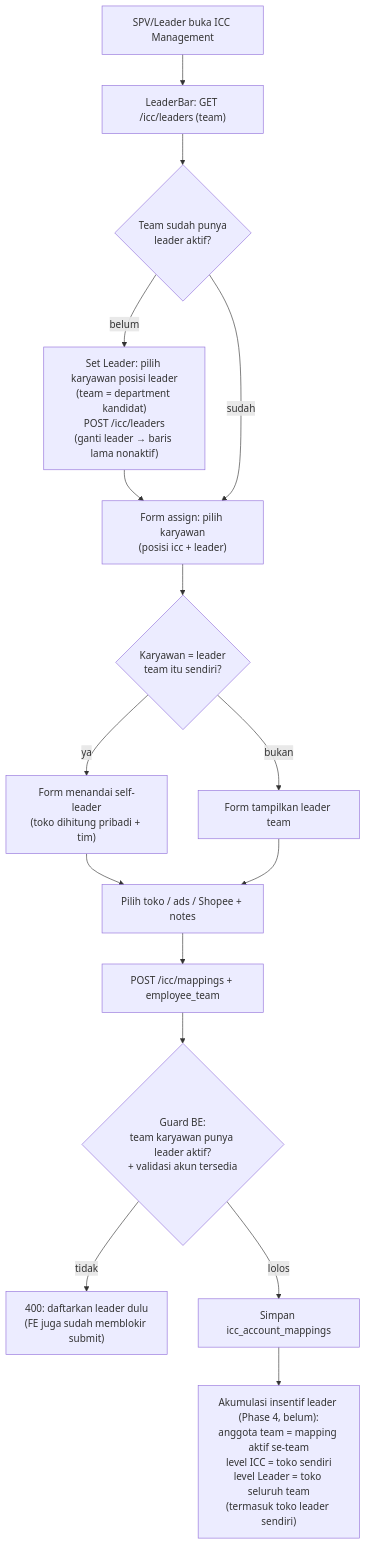
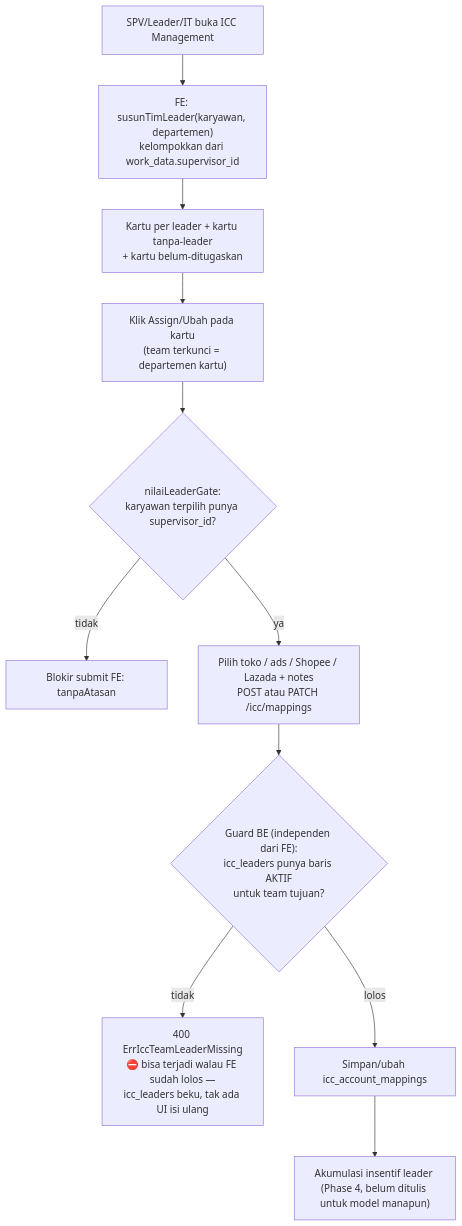
One commit to bip-itteam-internal/architecture-draft changed the diagram in Sales/Sales - ICC Account Manager Mapping.md. Above: the diagram before and after it, drawn with Mermaid. The commit also changed other lines of this file, not shown here.

First line of the commit message:
docs: selaraskan Sales - ICC Account Manager Mapping dengan kode terkini

````diff
--- a/Sales/Sales - ICC Account Manager Mapping.md
+++ b/Sales/Sales - ICC Account Manager Mapping.md
@@ -313,18 +349,13 @@
 ```mermaid
 flowchart TD
-    A["SPV/Leader buka ICC Management"] --> B["LeaderBar: GET /icc/leaders (team)"]
-    B --> C{"Team sudah punya\nleader aktif?"}
-    C -- "belum" --> D["Set Leader: pilih karyawan posisi leader\n(team = department kandidat)\nPOST /icc/leaders\n(ganti leader → baris lama nonaktif)"]
-    D --> E
-    C -- "sudah" --> E["Form assign: pilih karyawan\n(posisi icc + leader)"]
-    E --> F{"Karyawan = leader\nteam itu sendiri?"}
-    F -- "ya" --> G["Form menandai self-leader\n(toko dihitung pribadi + tim)"]
-    F -- "bukan" --> H["Form tampilkan leader team"]
-    G --> I["Pilih toko / ads / Shopee + notes"]
-    H --> I
-    I --> J["POST /icc/mappings + employee_team"]
-    J --> K{"Guard BE:\nteam karyawan punya leader aktif?\n+ validasi akun tersedia"}
-    K -- "tidak" --> L["400: daftarkan leader dulu\n(FE juga sudah memblokir submit)"]
-    K -- "lolos" --> M["Simpan icc_account_mappings"]
-    M --> N["Akumulasi insentif leader (Phase 4, belum):\nanggota team = mapping aktif se-team\nlevel ICC = toko sendiri\nlevel Leader = toko seluruh team\n(termasuk toko leader sendiri)"]
+    A["SPV/Leader/IT buka ICC Management"] --> B["FE: susunTimLeader(karyawan, departemen)\nkelompokkan dari work_data.supervisor_id"]
+    B --> C["Kartu per leader + kartu tanpa-leader\n+ kartu belum-ditugaskan"]
+    C --> D["Klik Assign/Ubah pada kartu\n(team terkunci = departemen kartu)"]
+    D --> E{"nilaiLeaderGate:\nkaryawan terpilih punya supervisor_id?"}
+    E -- "tidak" --> F["Blokir submit FE: tanpaAtasan"]
+    E -- "ya" --> G["Pilih toko / ads / Shopee / Lazada + notes\nPOST atau PATCH /icc/mappings"]
+    G --> H{"Guard BE (independen dari FE):\nicc_leaders punya baris AKTIF\nuntuk team tujuan?"}
+    H -- "tidak" --> I["400 ErrIccTeamLeaderMissing\n⛔ bisa terjadi walau FE sudah lolos —\nicc_leaders beku, tak ada UI isi ulang"]
+    H -- "lolos" --> J["Simpan/ubah icc_account_mappings"]
+    J --> K["Akumulasi insentif leader (Phase 4, belum ditulis untuk model manapun)"]
 ```
````
